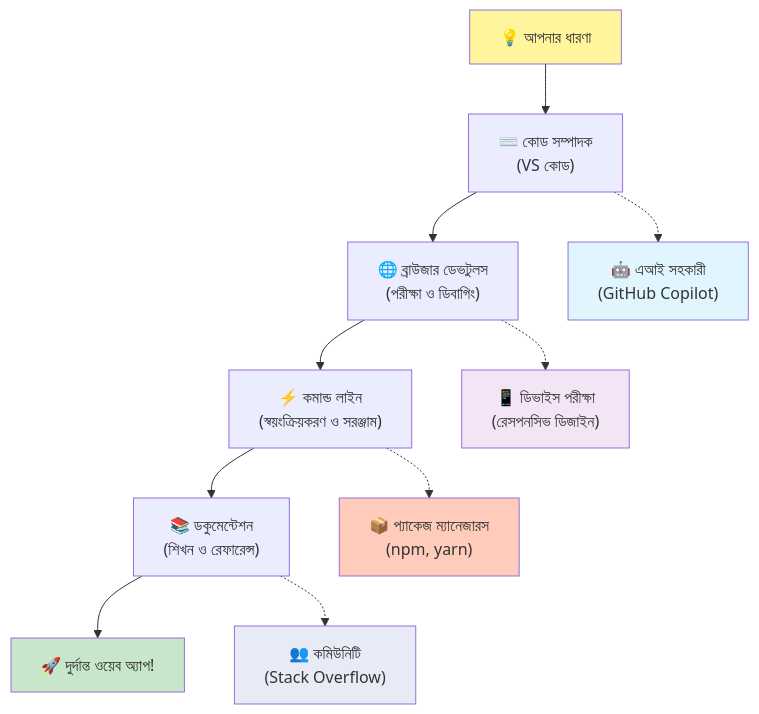
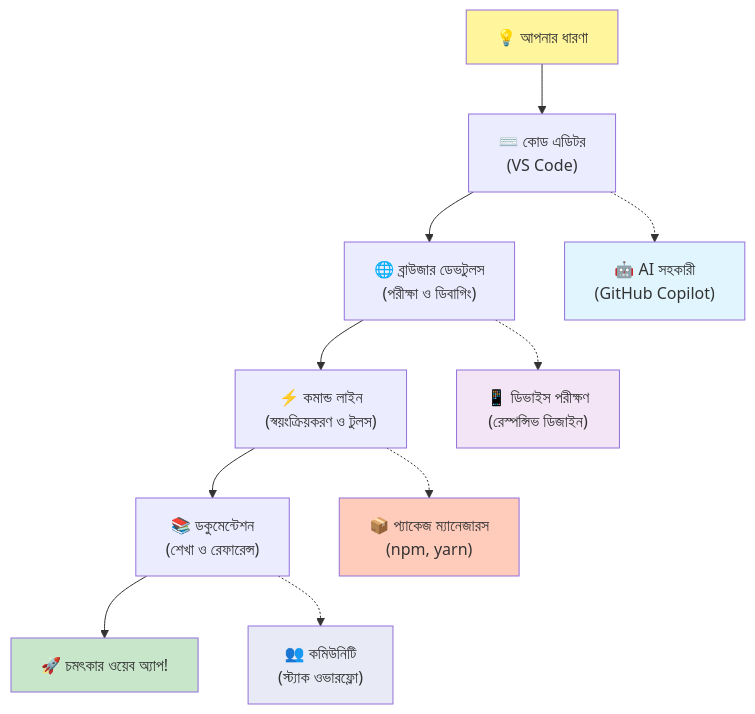
Before and after one commit to microsoft/Web-Dev-For-Beginners: the fifth of 7 diagrams in translations/bn/1-getting-started-lessons/1-intro-to-programming-languages/README.md, drawn with Mermaid. The commit also changed other lines of this file and 11 other files, not shown here.

````diff
--- a/translations/bn/1-getting-started-lessons/1-intro-to-programming-languages/README.md
+++ b/translations/bn/1-getting-started-lessons/1-intro-to-programming-languages/README.md
@@ -488,20 +488,20 @@
 ```mermaid
 graph TD
-    A["💡 আপনার ধারণা"] --> B["⌨️ কোড সম্পাদক<br/>(VS কোড)"] 
+    A["💡 আপনার ধারণা"] --> B["⌨️ কোড এডিটর<br/>(VS Code)"] 
     B --> C["🌐 ব্রাউজার ডেভটুলস<br/>(পরীক্ষা ও ডিবাগিং)"]
-    C --> D["⚡ কমান্ড লাইন<br/>(স্বয়ংক্রিয়করণ ও সরঞ্জাম)"]
-    D --> E["📚 ডকুমেন্টেশন<br/>(শিখন ও রেফারেন্স)"]
-    E --> F["🚀 দুর্দান্ত ওয়েব অ্যাপ!"]
+    C --> D["⚡ কমান্ড লাইন<br/>(স্বয়ংক্রিয়করণ ও টুলস)"]
+    D --> E["📚 ডকুমেন্টেশন<br/>(শেখা ও রেফারেন্স)"]
+    E --> F["🚀 চমৎকার ওয়েব অ্যাপ!"]
     
-    B -.-> G["🤖 এআই সহকারী<br/>(GitHub Copilot)"]
-    C -.-> H["📱 ডিভাইস পরীক্ষা<br/>(রেসপনসিভ ডিজাইন)"]
+    B -.-> G["🤖 AI সহকারী<br/>(GitHub Copilot)"]
+    C -.-> H["📱 ডিভাইস পরীক্ষণ<br/>(রেস্পন্সিভ ডিজাইন)"]
     D -.-> I["📦 প্যাকেজ ম্যানেজারস<br/>(npm, yarn)"]
-    E -.-> J["👥 কমিউনিটি<br/>(Stack Overflow)"]
+    E -.-> J["👥 কমিউনিটি<br/>(স্ট্যাক ওভারফ্লো)"]
     
     style A fill:#fff59d
     style F fill:#c8e6c9
     style G fill:#e1f5fe
     style H fill:#f3e5f5
     style I fill:#ffccbc
     style J fill:#e8eaf6
 ```  
````
